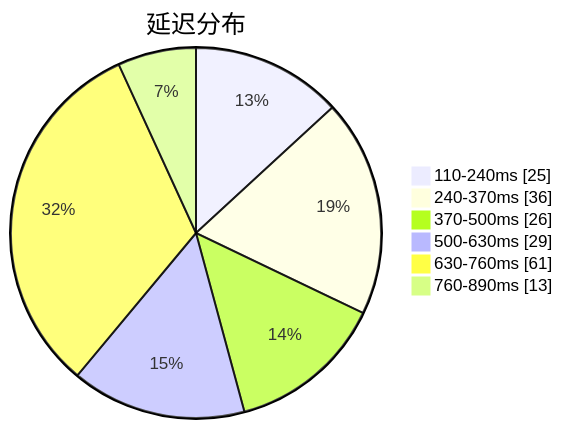
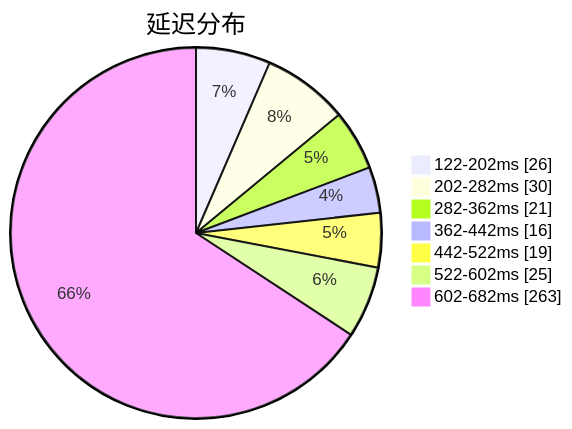
The first of 3 diagrams in subs/statistics/tested_within.md (qjlxg/airport), drawn with Mermaid before and after one commit. The commit also changed other lines of this file and 2 other files, not shown here.

````diff
--- a/subs/statistics/tested_within.md
+++ b/subs/statistics/tested_within.md
@@ -2,10 +2,11 @@
 ```mermaid
 pie showData
 title 延迟分布
-"110-240ms" : 25
-"240-370ms" : 36
-"370-500ms" : 26
-"500-630ms" : 29
-"630-760ms" : 61
-"760-890ms" : 13
+"122-202ms" : 26
+"202-282ms" : 30
+"282-362ms" : 21
+"362-442ms" : 16
+"442-522ms" : 19
+"522-602ms" : 25
+"602-682ms" : 263
 ```
````
